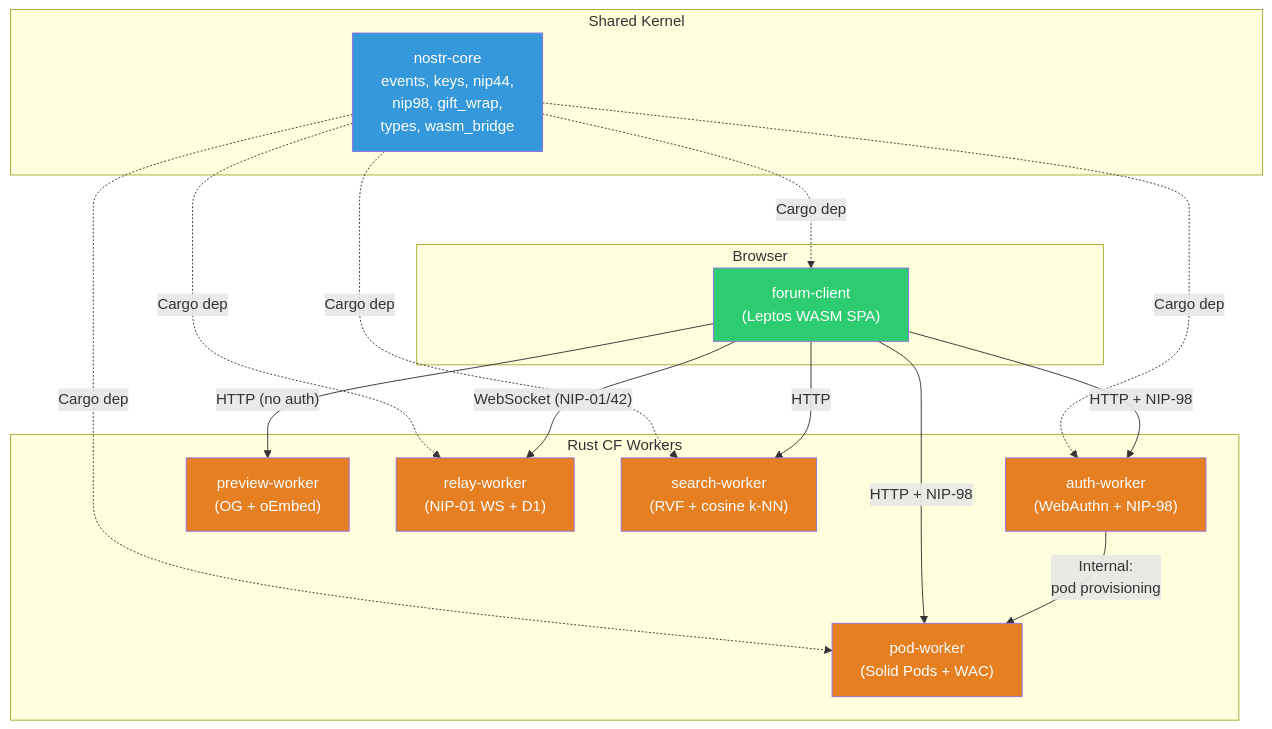
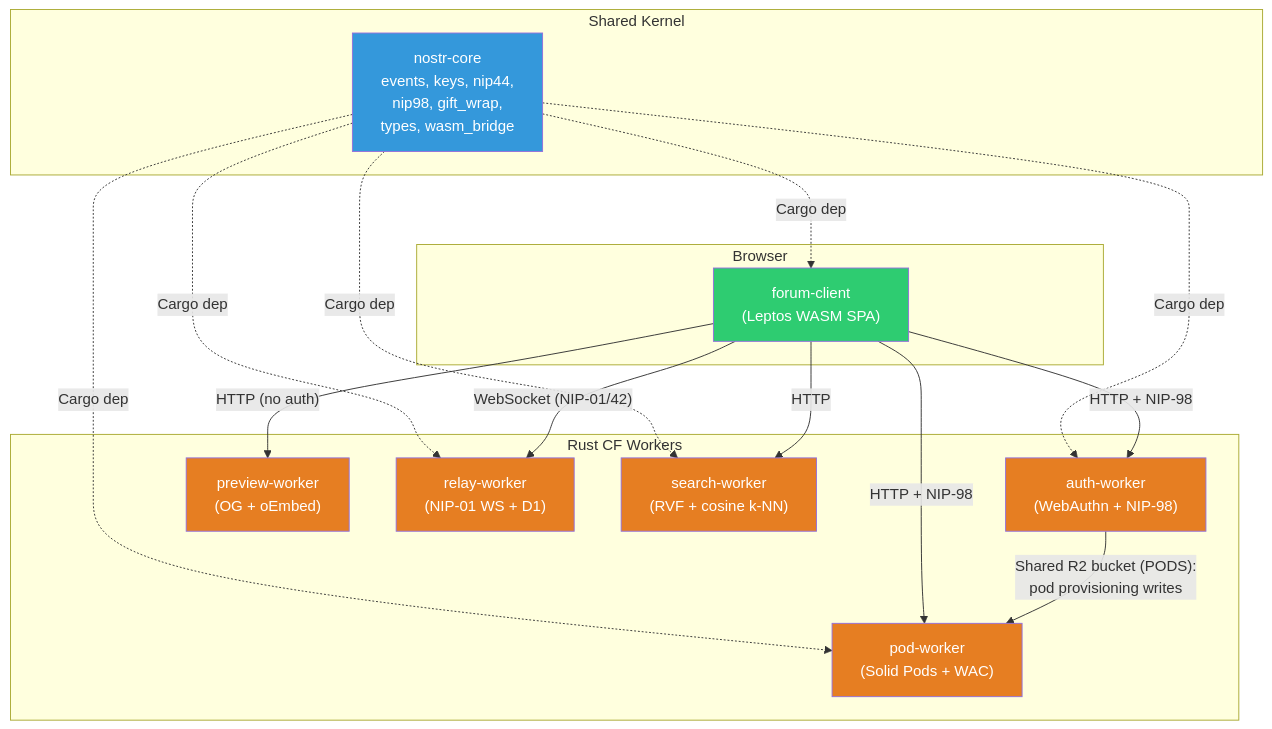
One commit to DreamLab-AI/dreamlab-ai-website changed the first of 3 diagrams in docs/ddd/02-bounded-contexts.md. Above: the diagram before and after it, drawn with Mermaid. The commit also changed other lines of this file and 25 other files, not shown here.

First line of the commit message:
docs(diagrams): verify mermaid diagrams against deployed code; refresh pins, label aspirational flows and known gaps

````diff
--- a/docs/ddd/02-bounded-contexts.md
+++ b/docs/ddd/02-bounded-contexts.md
@@ -9,39 +9,39 @@
 ```mermaid
 graph TB
     subgraph "Shared Kernel"
         NC["nostr-core<br/>events, keys, nip44,<br/>nip98, gift_wrap,<br/>types, wasm_bridge"]
     end
 
     subgraph "Browser"
         FC["forum-client<br/>(Leptos WASM SPA)"]
     end
 
     subgraph "Rust CF Workers"
         AW["auth-worker<br/>(WebAuthn + NIP-98)"]
         PW["pod-worker<br/>(Solid Pods + WAC)"]
         PV["preview-worker<br/>(OG + oEmbed)"]
         RW["relay-worker<br/>(NIP-01 WS + D1)"]
         SW["search-worker<br/>(RVF + cosine k-NN)"]
     end
 
     NC -.->|Cargo dep| FC
     NC -.->|Cargo dep| AW
     NC -.->|Cargo dep| PW
     NC -.->|Cargo dep| RW
     NC -.->|Cargo dep| SW
 
     FC -->|"HTTP + NIP-98"| AW
     FC -->|"HTTP + NIP-98"| PW
     FC -->|"HTTP (no auth)"| PV
     FC -->|"WebSocket (NIP-01/42)"| RW
     FC -->|"HTTP"| SW
-    AW -->|"Internal:<br/>pod provisioning"| PW
+    AW -->|"Shared R2 bucket (PODS):<br/>pod provisioning writes"| PW
 
     style NC fill:#3498db,color:#fff
     style FC fill:#2ecc71,color:#fff
     style AW fill:#e67e22,color:#fff
     style PW fill:#e67e22,color:#fff
     style PV fill:#e67e22,color:#fff
     style RW fill:#e67e22,color:#fff
     style SW fill:#e67e22,color:#fff
 ```
````
